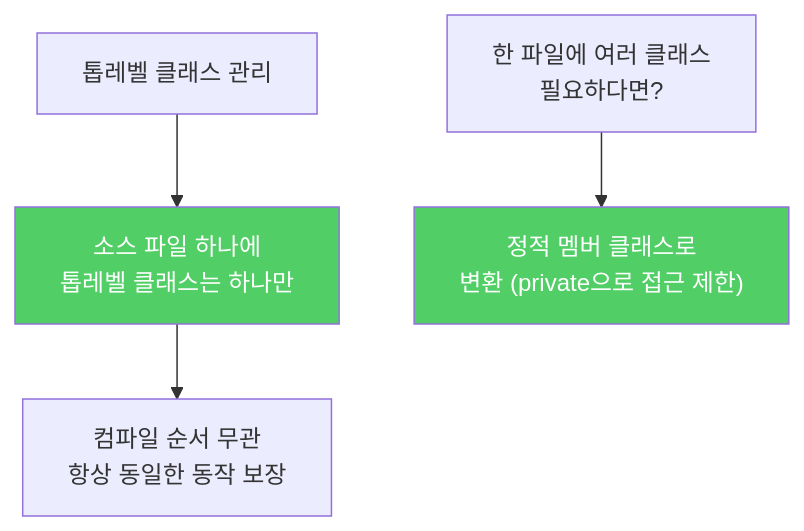
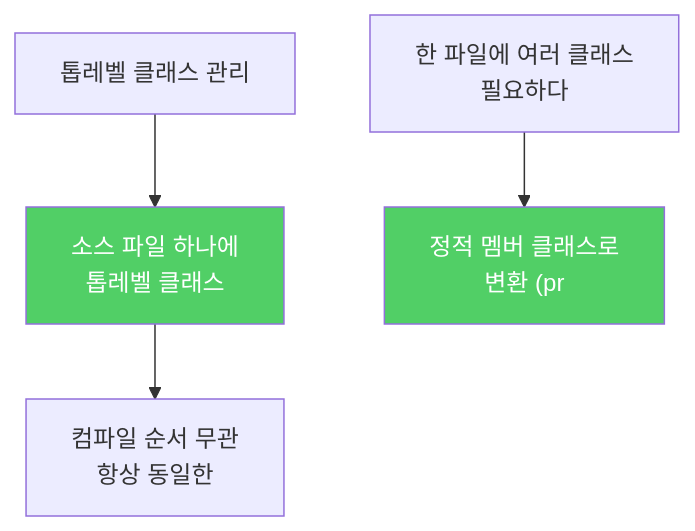
The second of 2 diagrams in _posts/java/2022-01-04-effective-java25.md (yjkim2015/yjkim2015.github.io), drawn with Mermaid before and after one commit. The commit also changed 271 other files, not shown here.

First line of the commit message:
Mermaid 라벨 축소: 긴 노드 텍스트 18자 이하로 트림 + \n 제거

````diff
--- a/_posts/java/2022-01-04-effective-java25.md
+++ b/_posts/java/2022-01-04-effective-java25.md
@@ -115,8 +115,8 @@
 ```mermaid
 graph TD
-    A["톱레벨 클래스 관리"] --> B["소스 파일 하나에\n톱레벨 클래스는 하나만"]
-    B --> C["컴파일 순서 무관\n항상 동일한 동작 보장"]
-    D["한 파일에 여러 클래스\n필요하다면?"] --> E["정적 멤버 클래스로\n변환 (private으로 접근 제한)"]
+    A["톱레벨 클래스 관리"] --> B["소스 파일 하나에\n톱레벨 클래스"]
+    B --> C["컴파일 순서 무관\n항상 동일한"]
+    D["한 파일에 여러 클래스\n필요하다"] --> E["정적 멤버 클래스로\n변환 (pr"]
     style B fill:#51cf66,color:#fff
     style E fill:#51cf66,color:#fff
 ```
````
